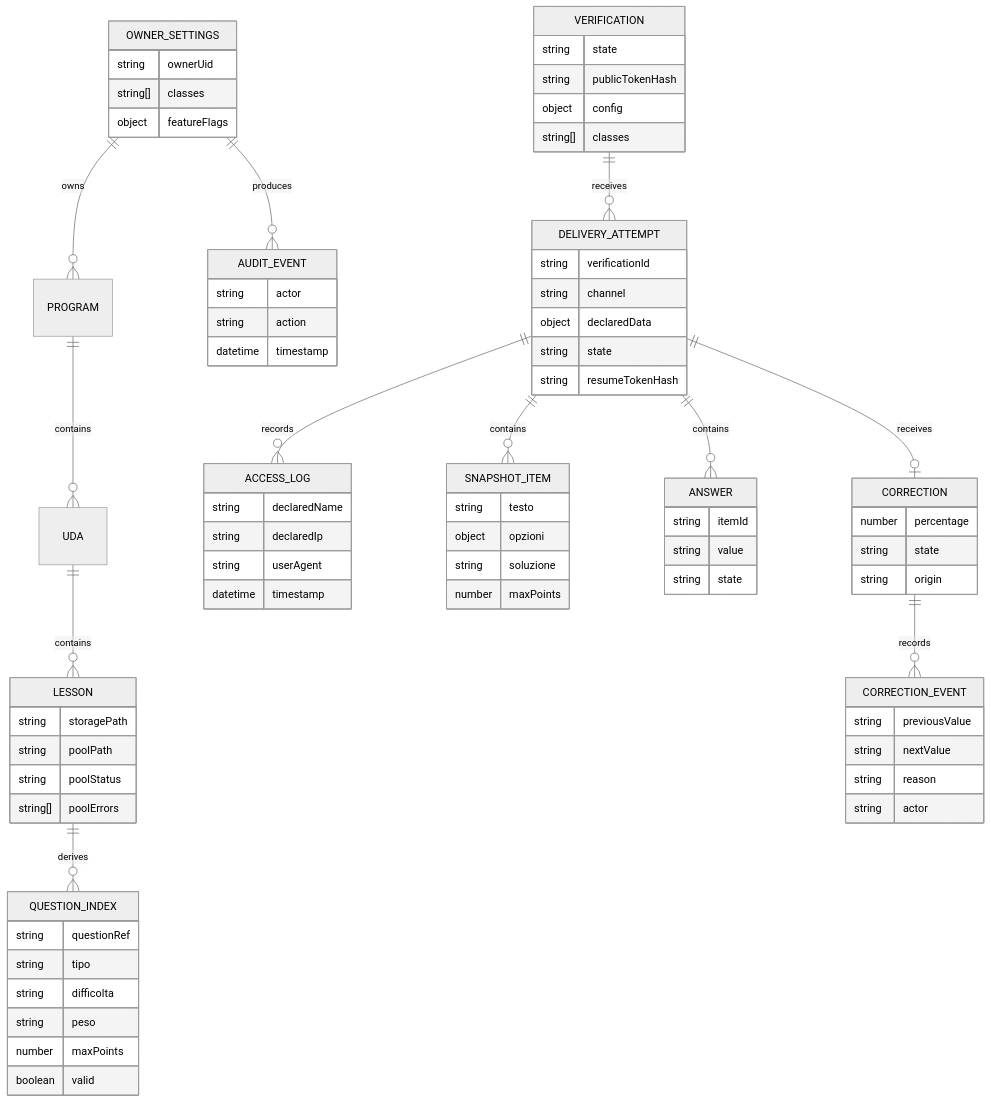
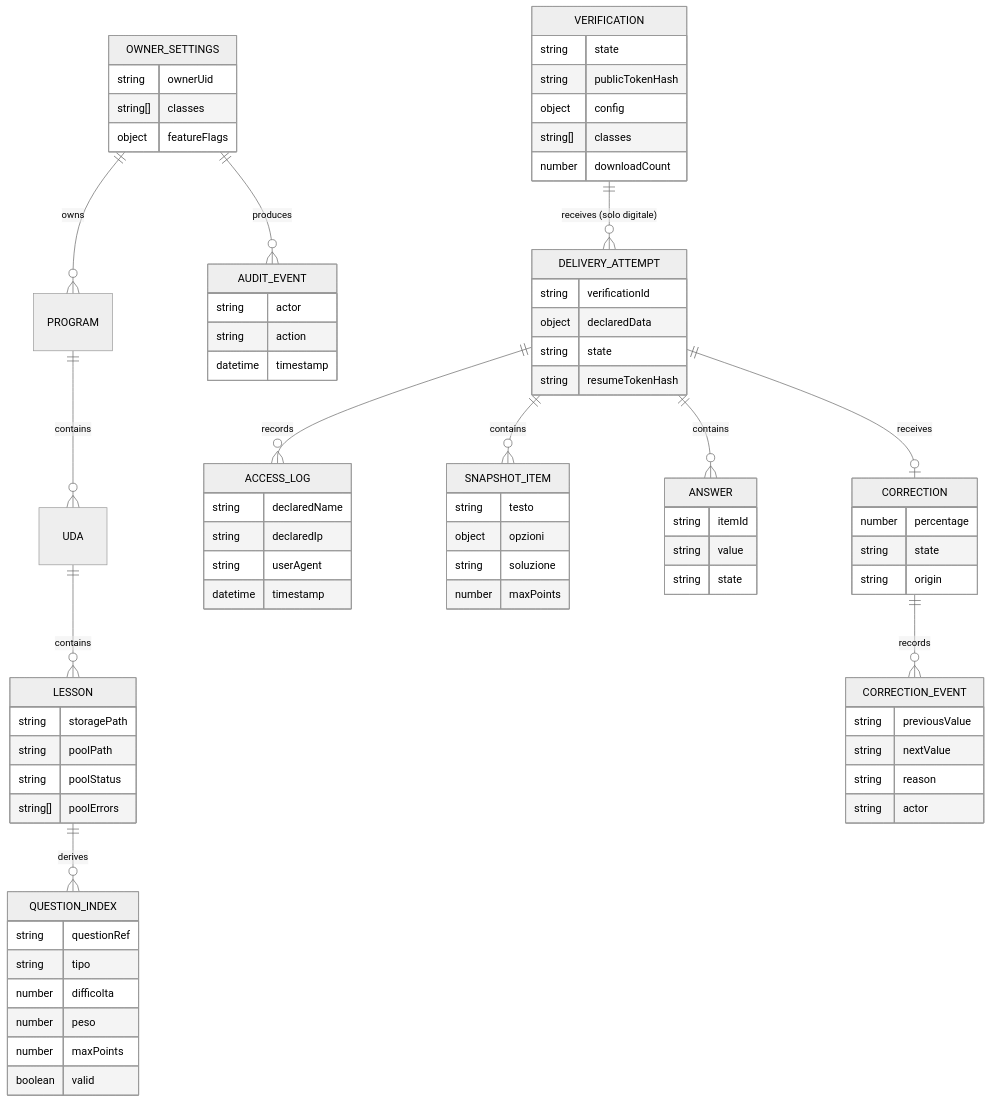
Before and after one commit to EnricoPaparo/SchoolForge: the diagram in documentazione/diagrammi/er-model.md, drawn with Mermaid (neutral theme). The commit also changed other lines of this file and 10 other files, not shown here.

````diff
--- a/documentazione/diagrammi/er-model.md
+++ b/documentazione/diagrammi/er-model.md
@@ -3,80 +3,80 @@
 ```mermaid
 erDiagram
     OWNER_SETTINGS ||--o{ PROGRAM : owns
     PROGRAM ||--o{ UDA : contains
     UDA ||--o{ LESSON : contains
     LESSON ||--o{ QUESTION_INDEX : derives
-    VERIFICATION ||--o{ DELIVERY_ATTEMPT : receives
+    VERIFICATION ||--o{ DELIVERY_ATTEMPT : "receives (solo digitale)"
     DELIVERY_ATTEMPT ||--o{ ACCESS_LOG : records
     DELIVERY_ATTEMPT ||--o{ SNAPSHOT_ITEM : contains
     DELIVERY_ATTEMPT ||--o{ ANSWER : contains
     DELIVERY_ATTEMPT ||--o| CORRECTION : receives
     CORRECTION ||--o{ CORRECTION_EVENT : records
     OWNER_SETTINGS ||--o{ AUDIT_EVENT : produces
 
     OWNER_SETTINGS {
         string ownerUid
         string[] classes
         object featureFlags
     }
     LESSON {
         string storagePath
         string poolPath
         string poolStatus
         string[] poolErrors
     }
     QUESTION_INDEX {
         string questionRef
         string tipo
-        string difficolta
-        string peso
+        number difficolta
+        number peso
         number maxPoints
         boolean valid
     }
     VERIFICATION {
         string state
         string publicTokenHash
         object config
         string[] classes
+        number downloadCount
     }
     DELIVERY_ATTEMPT {
         string verificationId
-        string channel
         object declaredData
         string state
         string resumeTokenHash
     }
     ACCESS_LOG {
         string declaredName
         string declaredIp
         string userAgent
         datetime timestamp
     }
     SNAPSHOT_ITEM {
         string testo
         object opzioni
         string soluzione
         number maxPoints
     }
     ANSWER {
         string itemId
         string value
         string state
     }
     CORRECTION {
         number percentage
         string state
         string origin
     }
     CORRECTION_EVENT {
         string previousValue
         string nextValue
         string reason
         string actor
     }
     AUDIT_EVENT {
         string actor
         string action
         datetime timestamp
     }
 ```
````
